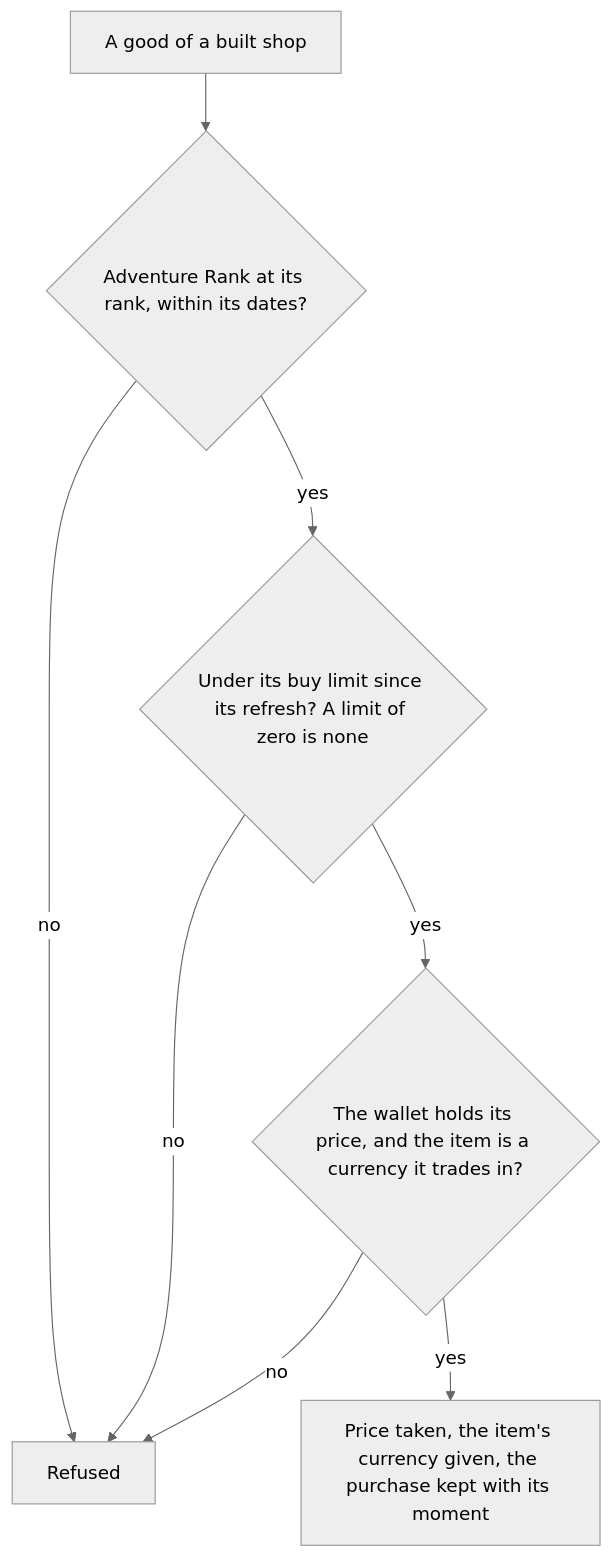
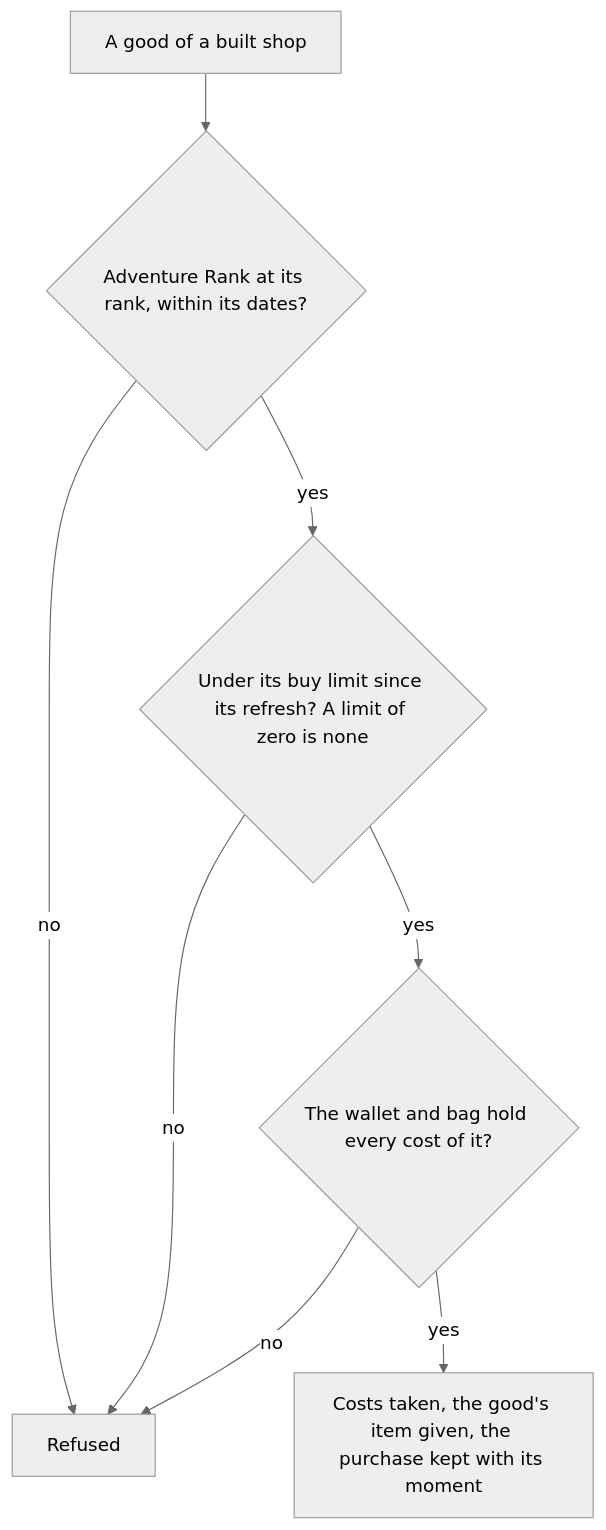
Before and after one commit to Esposter/Esposter: the diagram in openspec/specs/genshin/shops/design.md, drawn with Mermaid (neutral theme). The commit also changed other lines of this file and 8 other files, not shown here.

First line of the commit message:
docs(genshin-world): a shop good's costs replace its price, and the fishing exchange keeps the goods priced in several fish

````diff
--- a/openspec/specs/genshin/shops/design.md
+++ b/openspec/specs/genshin/shops/design.md
@@ -7,10 +7,10 @@
 ```mermaid
 flowchart TD
   OFFER["A good of a built shop"] --> RANK{"Adventure Rank at its rank, within its dates?"}
   RANK -->|no| REFUSE["Refused"]
   RANK -->|yes| LIMIT{"Under its buy limit since its refresh? A limit of zero is none"}
   LIMIT -->|no| REFUSE
-  LIMIT -->|yes| PRICE{"The wallet holds its price, and the item is a currency it trades in?"}
+  LIMIT -->|yes| PRICE{"The wallet and bag hold every cost of it?"}
   PRICE -->|no| REFUSE
-  PRICE -->|yes| BUY["Price taken, the item's currency given, the purchase kept with its moment"]
+  PRICE -->|yes| BUY["Costs taken, the good's item given, the purchase kept with its moment"]
 ```
````
